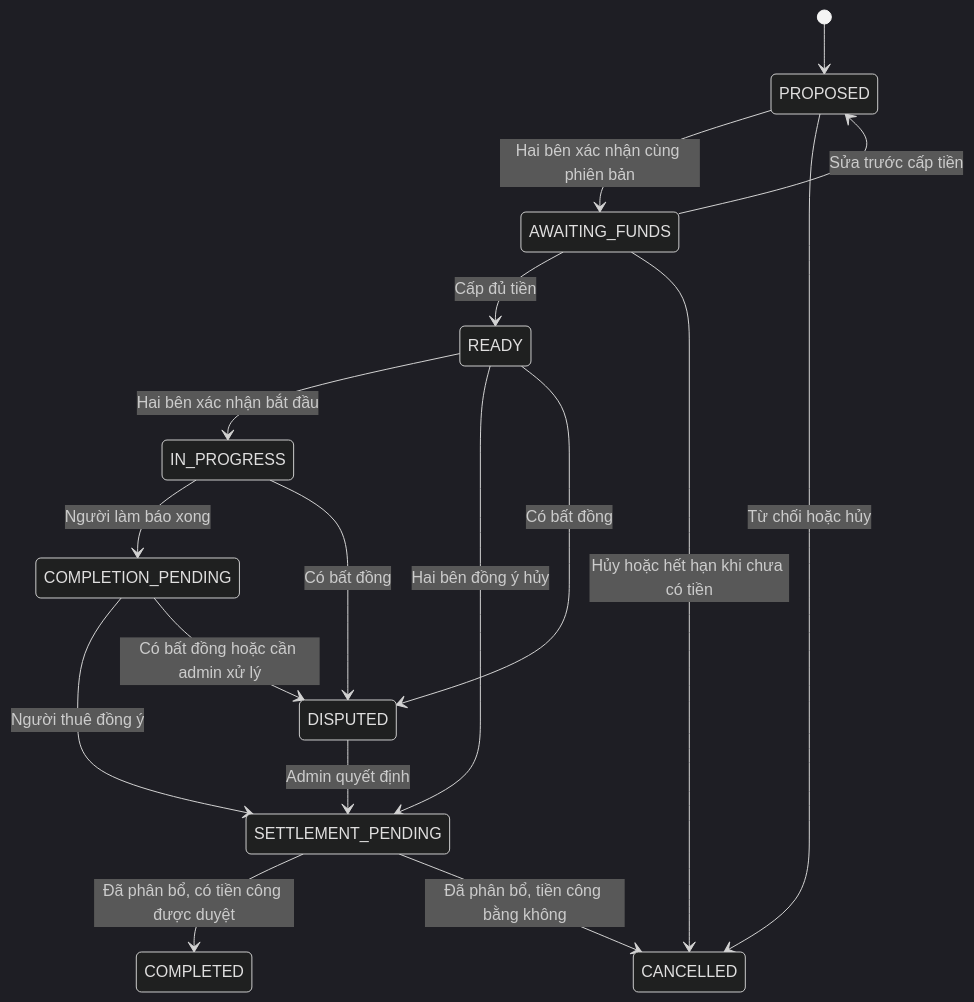
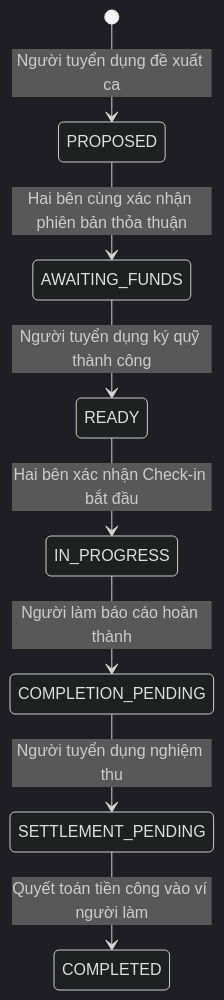
One commit to Phungcamtann/GrandMaAssist changed the third of 3 diagrams in README.md. Above: the diagram before and after it, drawn with Mermaid (dark theme). The commit also changed other lines of this file and 10 other files, not shown here.

````diff
--- a/README.md
+++ b/README.md
@@ -489,19 +85,10 @@
 ```mermaid
 stateDiagram-v2
-    [*] --> PROPOSED
-    PROPOSED --> AWAITING_FUNDS: Hai bên xác nhận cùng phiên bản
-    AWAITING_FUNDS --> PROPOSED: Sửa trước cấp tiền
-    AWAITING_FUNDS --> READY: Cấp đủ tiền
-    PROPOSED --> CANCELLED: Từ chối hoặc hủy
-    AWAITING_FUNDS --> CANCELLED: Hủy hoặc hết hạn khi chưa có tiền
-    READY --> IN_PROGRESS: Hai bên xác nhận bắt đầu
-    IN_PROGRESS --> COMPLETION_PENDING: Người làm báo xong
-    COMPLETION_PENDING --> SETTLEMENT_PENDING: Người thuê đồng ý
-    READY --> SETTLEMENT_PENDING: Hai bên đồng ý hủy
-    READY --> DISPUTED: Có bất đồng
-    IN_PROGRESS --> DISPUTED: Có bất đồng
-    COMPLETION_PENDING --> DISPUTED: Có bất đồng hoặc cần admin xử lý
-    DISPUTED --> SETTLEMENT_PENDING: Admin quyết định
-    SETTLEMENT_PENDING --> COMPLETED: Đã phân bổ, có tiền công được duyệt
-    SETTLEMENT_PENDING --> CANCELLED: Đã phân bổ, tiền công bằng không
+    [*] --> PROPOSED: Người tuyển dụng đề xuất ca
+    PROPOSED --> AWAITING_FUNDS: Hai bên cùng xác nhận phiên bản thỏa thuận
+    AWAITING_FUNDS --> READY: Người tuyển dụng ký quỹ thành công
+    READY --> IN_PROGRESS: Hai bên xác nhận Check-in bắt đầu
+    IN_PROGRESS --> COMPLETION_PENDING: Người làm báo cáo hoàn thành
+    COMPLETION_PENDING --> SETTLEMENT_PENDING: Người tuyển dụng nghiệm thu
+    SETTLEMENT_PENDING --> COMPLETED: Quyết toán tiền công vào ví người làm
 ```
````
